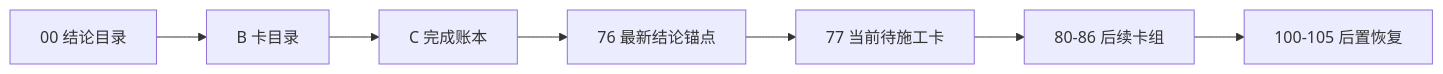
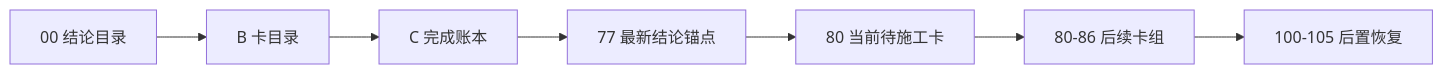
One commit to everything-is-simple/lifespan-0.01 changed the diagram in docs/03-execution/A-execution-reading-order-20260409.md. Above: the diagram before and after it, drawn with Mermaid. The commit also changed other lines of this file and 14 other files, not shown here.

````diff
--- a/docs/03-execution/A-execution-reading-order-20260409.md
+++ b/docs/03-execution/A-execution-reading-order-20260409.md
@@ -28,9 +28,9 @@
 ```mermaid
 flowchart LR
     CONC["00 结论目录"] --> BCAT["B 卡目录"]
     BCAT --> CLED["C 完成账本"]
-    CLED --> ANC["76 最新结论锚点"]
-    ANC --> G77["77 当前待施工卡"]
-    G77 --> G80["80-86 后续卡组"]
-    G80 --> NEXT["100-105 后置恢复"]
+    CLED --> ANC["77 最新结论锚点"]
+    ANC --> G80["80 当前待施工卡"]
+    G80 --> G86["80-86 后续卡组"]
+    G86 --> NEXT["100-105 后置恢复"]
 ```
````
